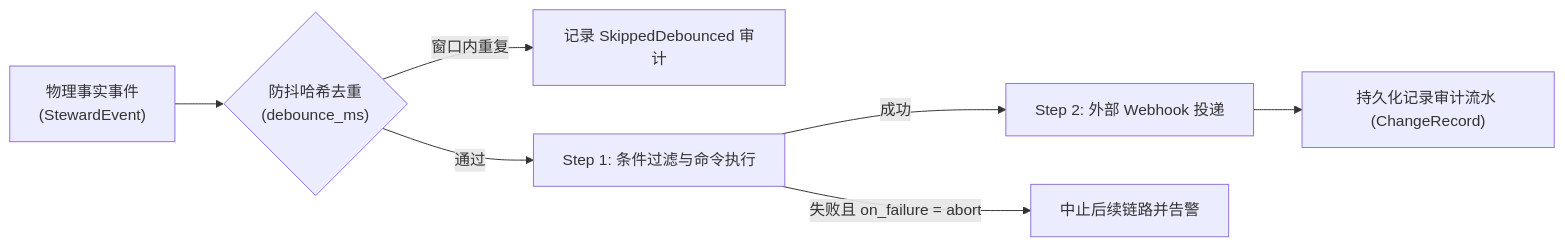
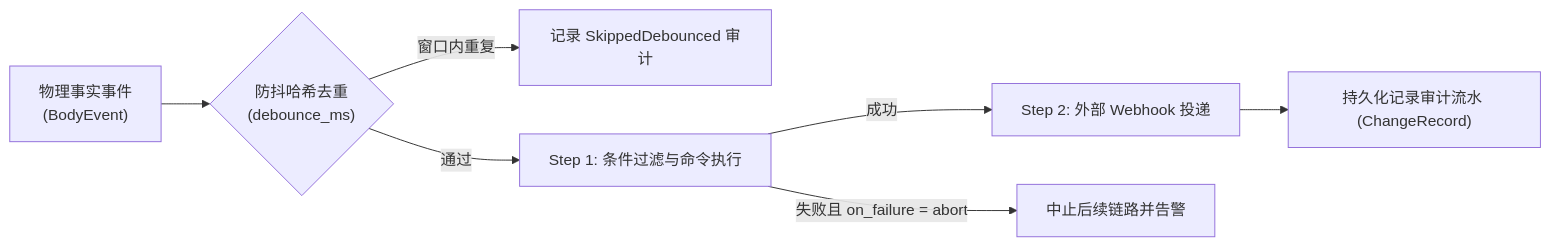
Before and after one commit to digoal/agent-body: the second of 2 diagrams in docs/manual/09-hooks-integration.md, drawn with Mermaid. The commit also changed other lines of this file and 214 other files, not shown here.

````diff
--- a/docs/manual/09-hooks-integration.md
+++ b/docs/manual/09-hooks-integration.md
@@ -160,9 +160,9 @@
 ```mermaid
 flowchart LR
-    E["物理事实事件<br/>(StewardEvent)"] --> H{"防抖哈希去重<br/>(debounce_ms)"}
+    E["物理事实事件<br/>(BodyEvent)"] --> H{"防抖哈希去重<br/>(debounce_ms)"}
     H -- "窗口内重复" --> S["记录 SkippedDebounced 审计"]
     H -- "通过" --> S1["Step 1: 条件过滤与命令执行"]
     S1 -- "成功" --> S2["Step 2: 外部 Webhook 投递"]
     S1 -- "失败且 on_failure = abort" --> A["中止后续链路并告警"]
     S2 --> D["持久化记录审计流水 (ChangeRecord)"]
 ```
````
